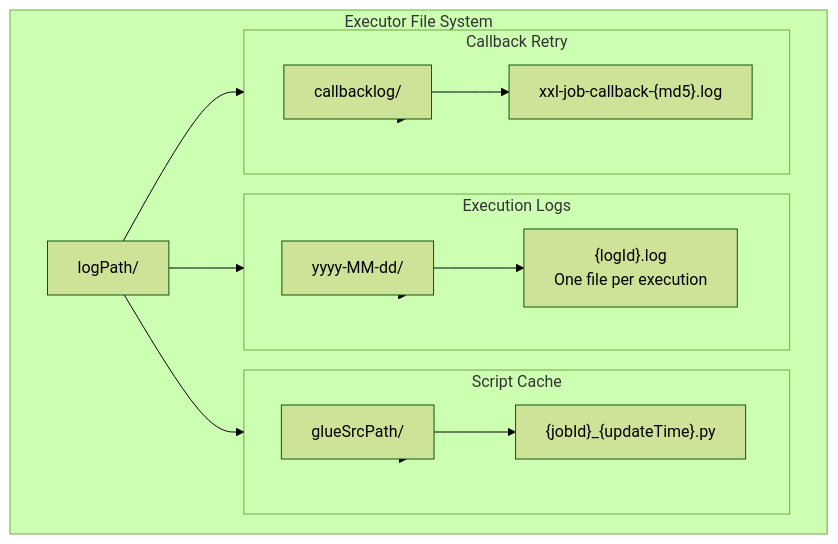
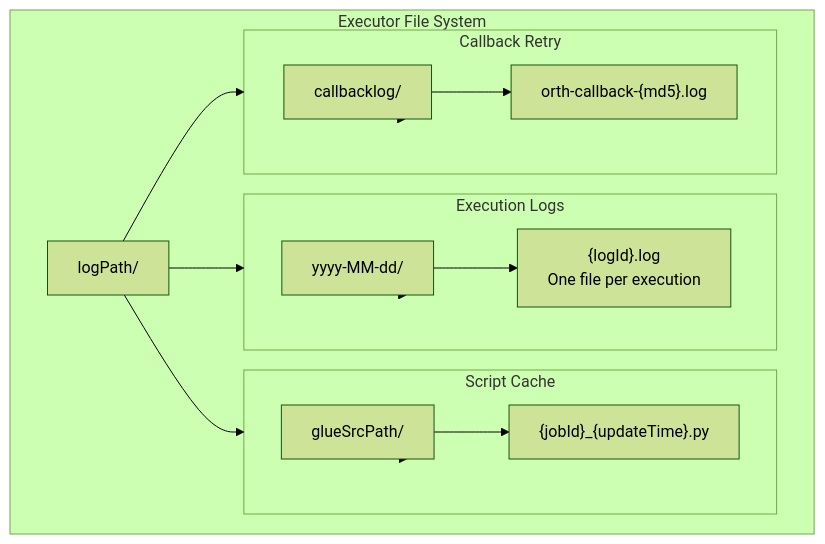
Before and after one commit to zombie12138/orth: the ninth of 10 diagrams in arch/04-executor-implementation.md, drawn with Mermaid (forest theme). The commit also changed other lines of this file and 576 other files, not shown here.

First line of the commit message:
refactor: rename xxl-job → orth across entire project

````diff
--- a/arch/04-executor-implementation.md
+++ b/arch/04-executor-implementation.md
@@ -252,29 +252,29 @@
 ```mermaid
 flowchart TB
     subgraph FileSystem["Executor File System"]
         Root["logPath/"]
         
         subgraph Logs["Execution Logs"]
             DateDirs["yyyy-MM-dd/"]
             LogFiles["{logId}.log<br/>One file per execution"]
         end
         
         subgraph Scripts["Script Cache"]
             ScriptDir["glueSrcPath/"]
             ScriptFiles["{jobId}_{updateTime}.py"]
         end
         
         subgraph Callbacks["Callback Retry"]
             CBDir["callbacklog/"]
-            CBFiles["xxl-job-callback-{md5}.log"]
+            CBFiles["orth-callback-{md5}.log"]
         end
         
         Root --> Logs
         Root --> Scripts
         Root --> Callbacks
         
         Logs --> DateDirs --> LogFiles
         Scripts --> ScriptDir --> ScriptFiles
         Callbacks --> CBDir --> CBFiles
     end
 ```
````
